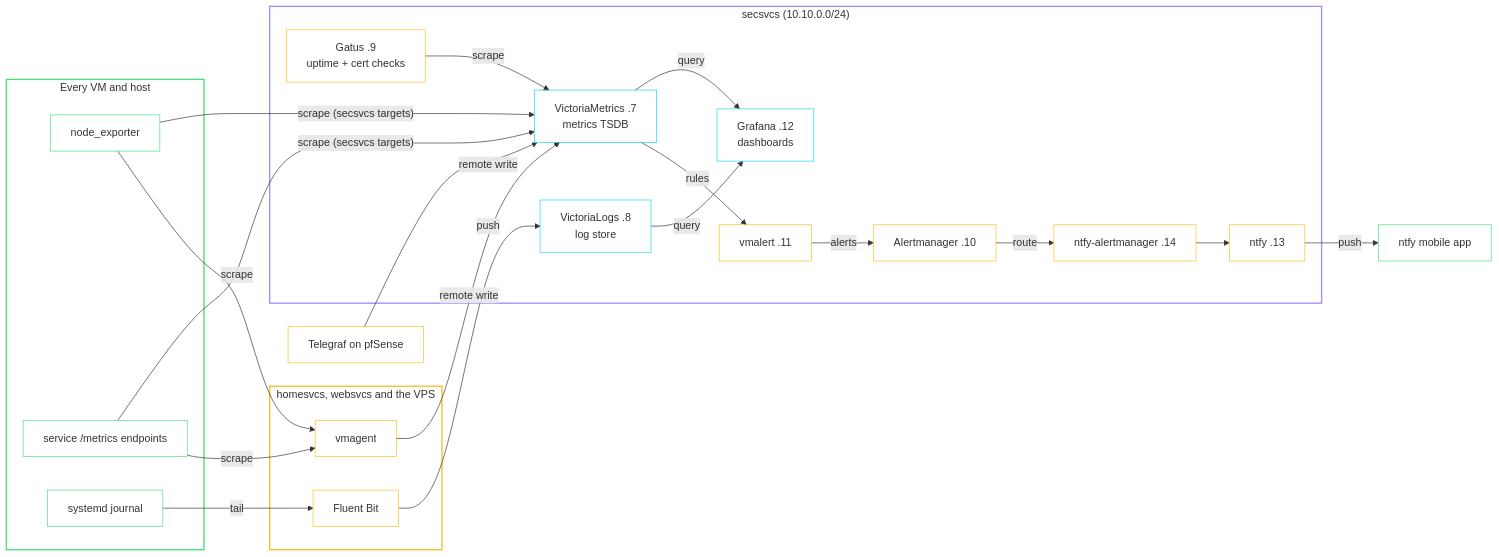
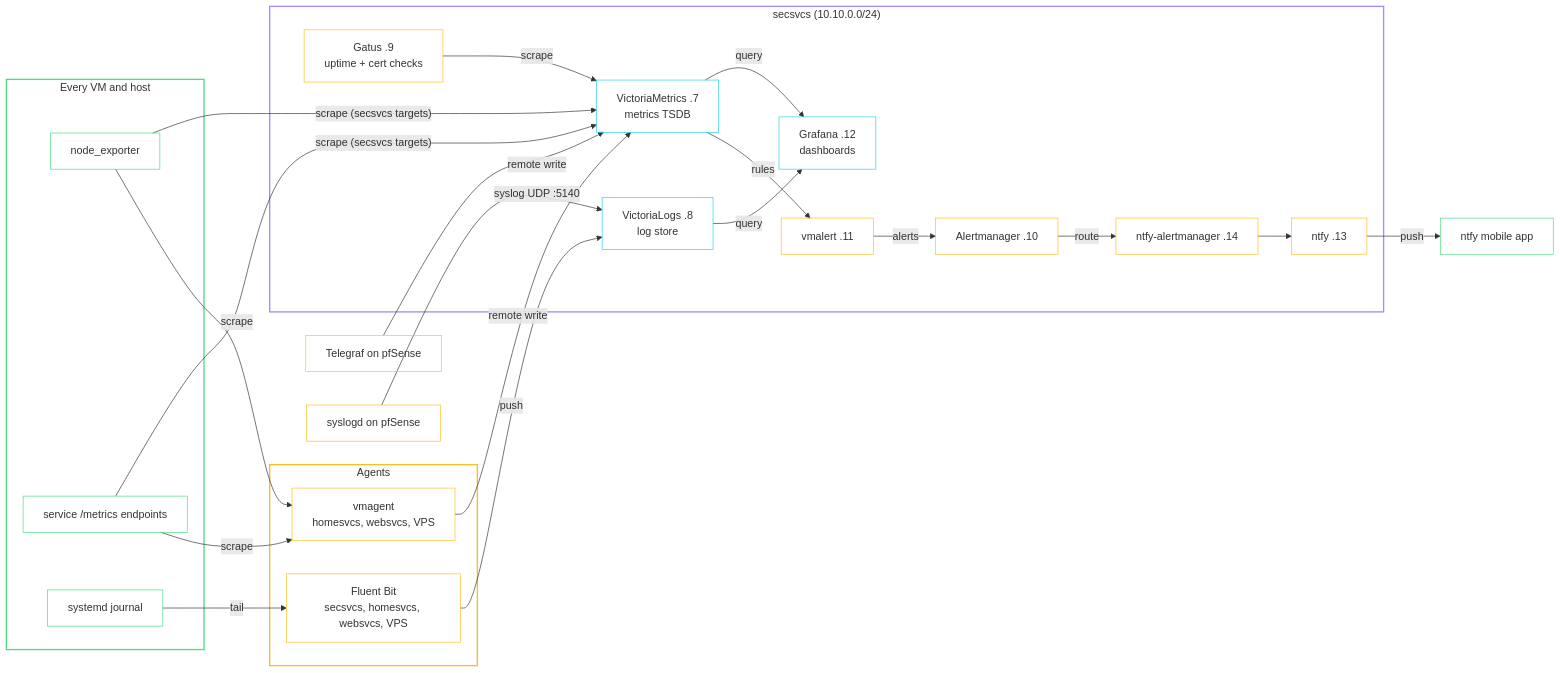
One commit to babraham123/homesite changed the diagram in src/www/docs/homelab/services.md. Above: the diagram before and after it, drawn with Mermaid. The commit also changed other lines of this file and 32 other files, not shown here.

````diff
--- a/src/www/docs/homelab/services.md
+++ b/src/www/docs/homelab/services.md
@@ -126,54 +149,56 @@
 ```mermaid
 flowchart LR
     subgraph sources["Every VM and host"]
         ne["node_exporter"]
         sm["service /metrics endpoints"]
         jd["systemd journal"]
     end
 
     tg["Telegraf on pfSense"]
+    sl["syslogd on pfSense"]
 
-    subgraph agents["homesvcs, websvcs and the VPS"]
-        vmagent["vmagent"]
-        fb["Fluent Bit"]
+    subgraph agents["Agents"]
+        vmagent["vmagent<br/>homesvcs, websvcs, VPS"]
+        fb["Fluent Bit<br/>secsvcs, homesvcs, websvcs, VPS"]
     end
 
     subgraph sec["secsvcs (10.10.0.0/24)"]
         vm["VictoriaMetrics .7<br/>metrics TSDB"]
         vl["VictoriaLogs .8<br/>log store"]
         va["vmalert .11"]
         am["Alertmanager .10"]
         nam["ntfy-alertmanager .14"]
         ntfy["ntfy .13"]
         graf["Grafana .12<br/>dashboards"]
         gatus["Gatus .9<br/>uptime + cert checks"]
     end
 
     phone["ntfy mobile app"]
 
     ne -- "scrape" --> vmagent
     sm -- "scrape" --> vmagent
     jd -- "tail" --> fb
     vmagent -- "remote write" --> vm
     ne & sm -- "scrape (secsvcs targets)" --> vm
     tg -- "remote write" --> vm
     fb -- "push" --> vl
+    sl -- "syslog UDP :5140" --> vl
     vm -- "rules" --> va
     va -- "alerts" --> am
     am -- "route" --> nam
     nam --> ntfy
     ntfy -- "push" --> phone
     vm -- "query" --> graf
     vl -- "query" --> graf
     gatus -- "scrape" --> vm
 
     style sources stroke:#4ade80,stroke-width:2px,fill:transparent
     style agents stroke:#fbbf24,stroke-width:2px,fill:transparent
     style sec stroke:#a78bfa,stroke-width:2px,fill:transparent
     classDef src stroke:#4ade80,fill:transparent
     classDef agent stroke:#fbbf24,fill:transparent
     classDef data stroke:#22d3ee,fill:transparent
     class ne,sm,jd,phone src
-    class tg,vmagent,fb,va,am,nam,ntfy,gatus agent
+    class tg,sl,vmagent,fb,va,am,nam,ntfy,gatus agent
     class vm,vl,graf data
 ```
````
